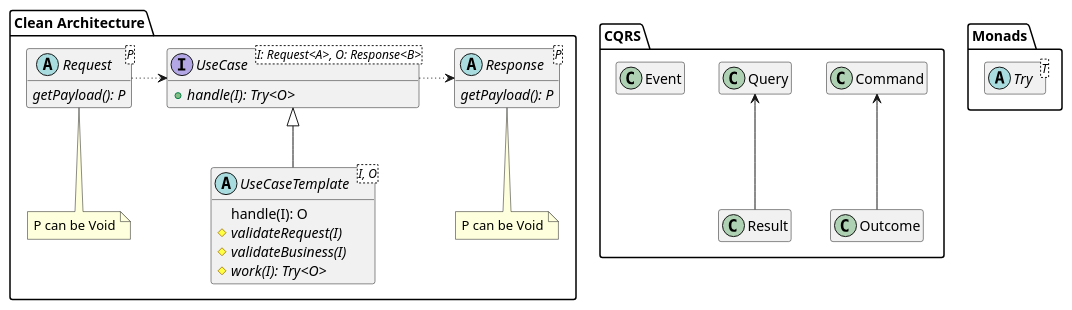
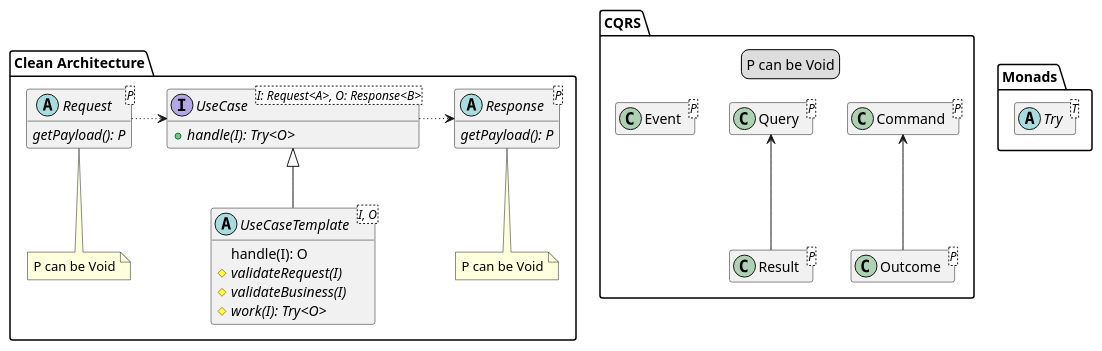
The diagram in doc/clean_arch.plantuml (lucaster/clean-architecture), drawn with PlantUML before and after one commit.

Commit message:
generic CQRS artifacts

```diff
--- a/doc/clean_arch.plantuml
+++ b/doc/clean_arch.plantuml
@@ -1,40 +1,46 @@
 @startuml clean_arch
 hide empty members
 
 package CQRS {
-  class Command
-  class Query
-  class Event
+  class Command<P>
+  class Query<P>
+  class Event<P>
+  class Outcome<P>
+  class Result<P>
   Command <-- Outcome
   Query <-- Result
+
+  legend
+  P can be Void
+  endlegend
 }
 
 package "Clean Architecture" {
   abstract class Request<P> {
     {abstract} getPayload(): P
   }
   abstract class Response<P> {
     {abstract} getPayload(): P
   }
   note bottom of Request : P can be Void
   note bottom of Response : P can be Void
   interface UseCase<I: Request<A>, O: Response<B>> {
     {abstract} +handle(I): Try<O>
   }
   abstract class UseCaseTemplate<I, O> {
     handle(I): O
     {abstract} #validateRequest(I)
     {abstract} #validateBusiness(I)
     {abstract} #work(I): Try<O>
   }
   ' note bottom of UseCaseTemplate : handle() uses Try pattern
   UseCase <|-- UseCaseTemplate
 
   Request .[dotted]right.> UseCase
   UseCase .[dotted]right.> Response
 }
 package Monads {
   abstract class Try<T>
 }
 
 @enduml
```
